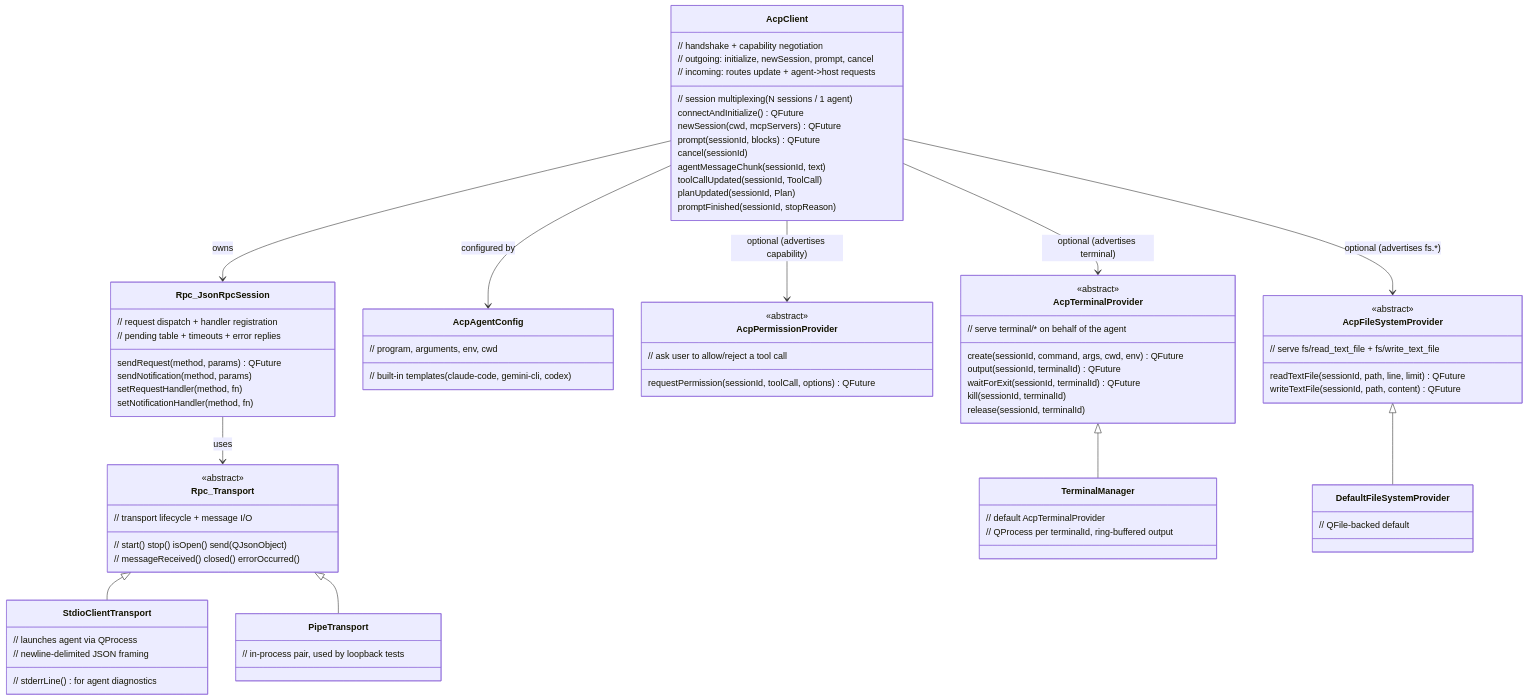
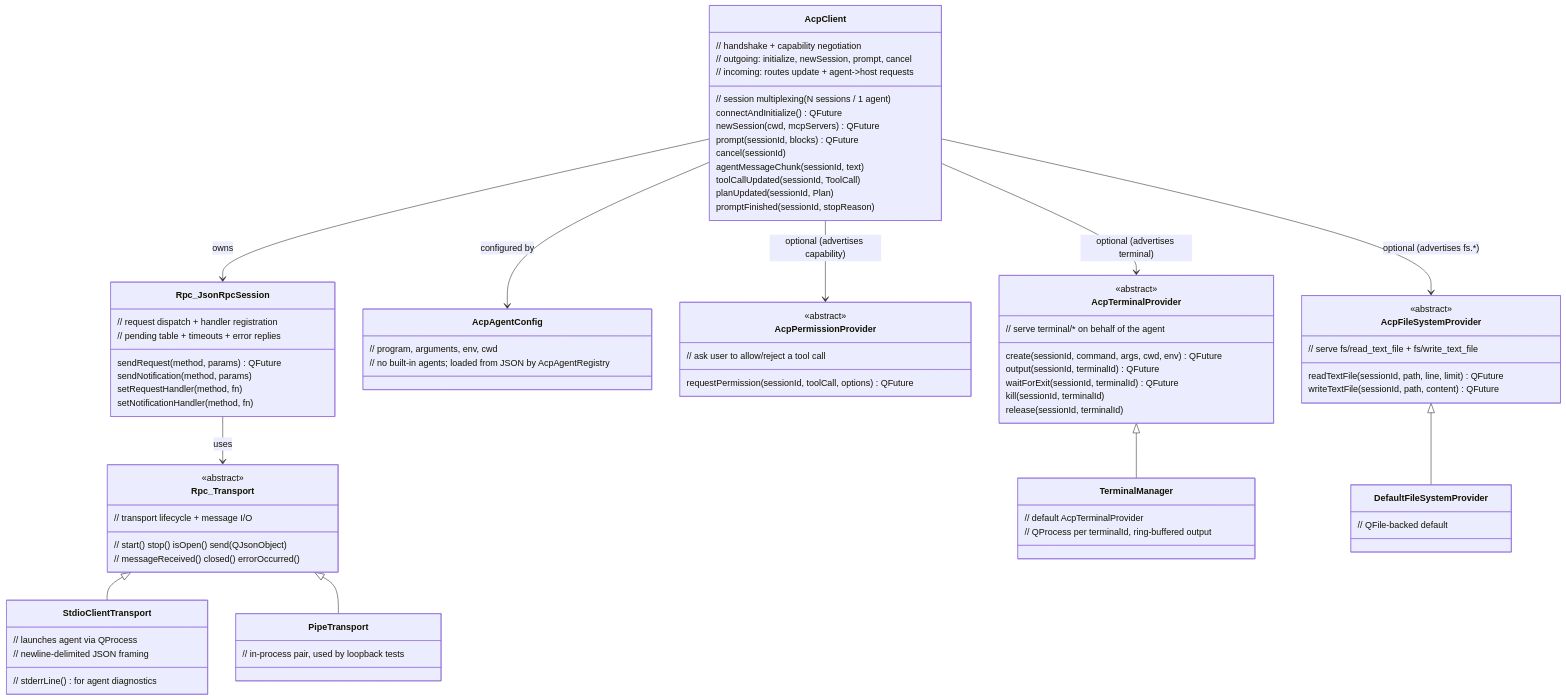
Before and after one commit to Palm1r/llmcore: the diagram in docs/acp/architecture/classes.md, drawn with Mermaid. The commit also changed 48 other files, not shown here.

```diff
--- a/docs/acp/architecture/classes.md
+++ b/docs/acp/architecture/classes.md
@@ -53,7 +53,7 @@
 
     class AcpAgentConfig {
         // program, arguments, env, cwd
-        // built-in templates (claude-code, gemini-cli, codex)
+        // no built-in agents; loaded from JSON by AcpAgentRegistry
     }
 
     class AcpPermissionProvider {
```
